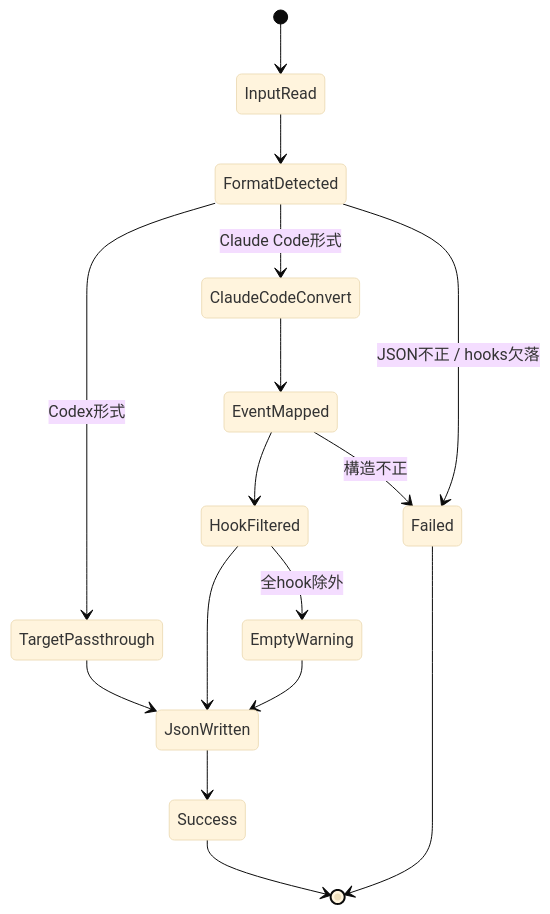
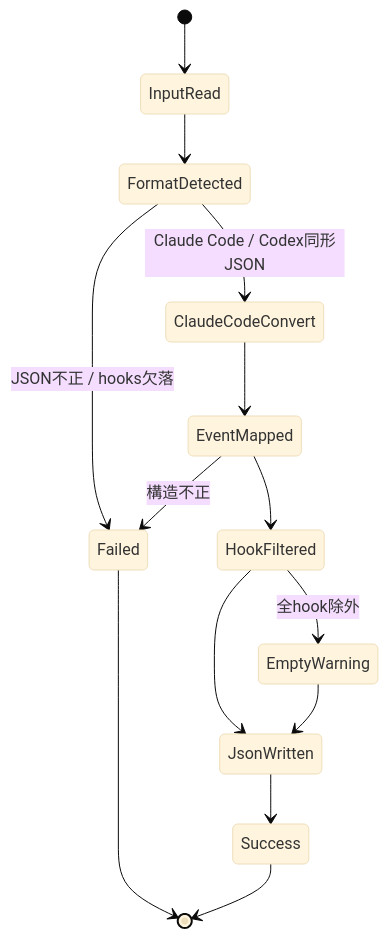
One commit to DIO0550/plugin-manager changed the first of 2 diagrams in docs/codex-hooks-conversion-implementation-plan-2026-05-06.md. Above: the diagram before and after it, drawn with Mermaid (base theme). The commit also changed other lines of this file, not shown here.

````diff
--- a/docs/codex-hooks-conversion-implementation-plan-2026-05-06.md
+++ b/docs/codex-hooks-conversion-implementation-plan-2026-05-06.md
@@ -50,18 +50,16 @@
 ```mermaid
 stateDiagram-v2
     [*] --> InputRead
     InputRead --> FormatDetected
-    FormatDetected --> TargetPassthrough: Codex形式
-    FormatDetected --> ClaudeCodeConvert: Claude Code形式
+    FormatDetected --> ClaudeCodeConvert: Claude Code / Codex同形JSON
     ClaudeCodeConvert --> EventMapped
     EventMapped --> HookFiltered
     HookFiltered --> JsonWritten
-    TargetPassthrough --> JsonWritten
     JsonWritten --> Success
     FormatDetected --> Failed: JSON不正 / hooks欠落
     EventMapped --> Failed: 構造不正
     HookFiltered --> EmptyWarning: 全hook除外
     EmptyWarning --> JsonWritten
     Failed --> [*]
     Success --> [*]
 ```
````
